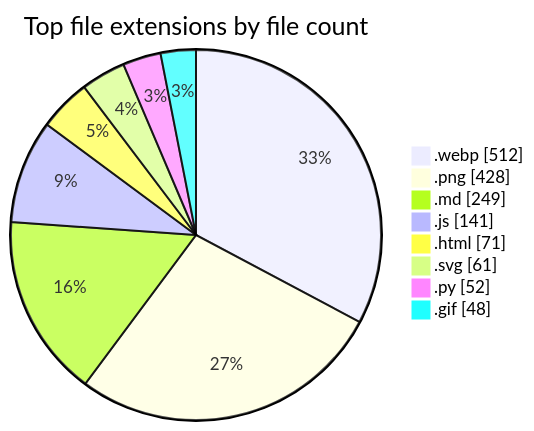
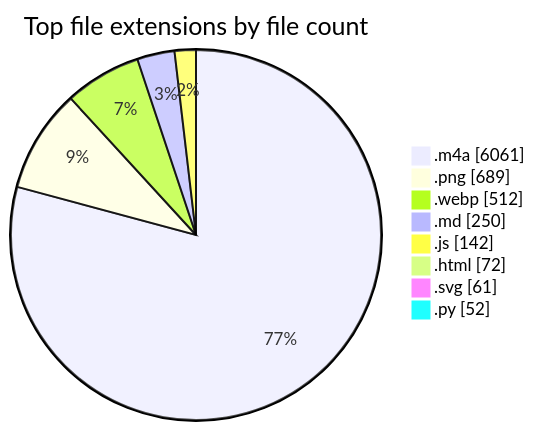
One commit to tchinso/tchinso changed the second of 2 diagrams in README.md. Above: the diagram before and after it, drawn with Mermaid. The commit also changed other lines of this file, not shown here.

````diff
--- a/README.md
+++ b/README.md
@@ -53,12 +53,12 @@
 ```mermaid
 pie showData
     title Top file extensions by file count
+    ".m4a" : 6061
+    ".png" : 689
     ".webp" : 512
-    ".png" : 428
-    ".md" : 249
-    ".js" : 141
-    ".html" : 71
+    ".md" : 250
+    ".js" : 142
+    ".html" : 72
     ".svg" : 61
     ".py" : 52
-    ".gif" : 48
 ```
````
